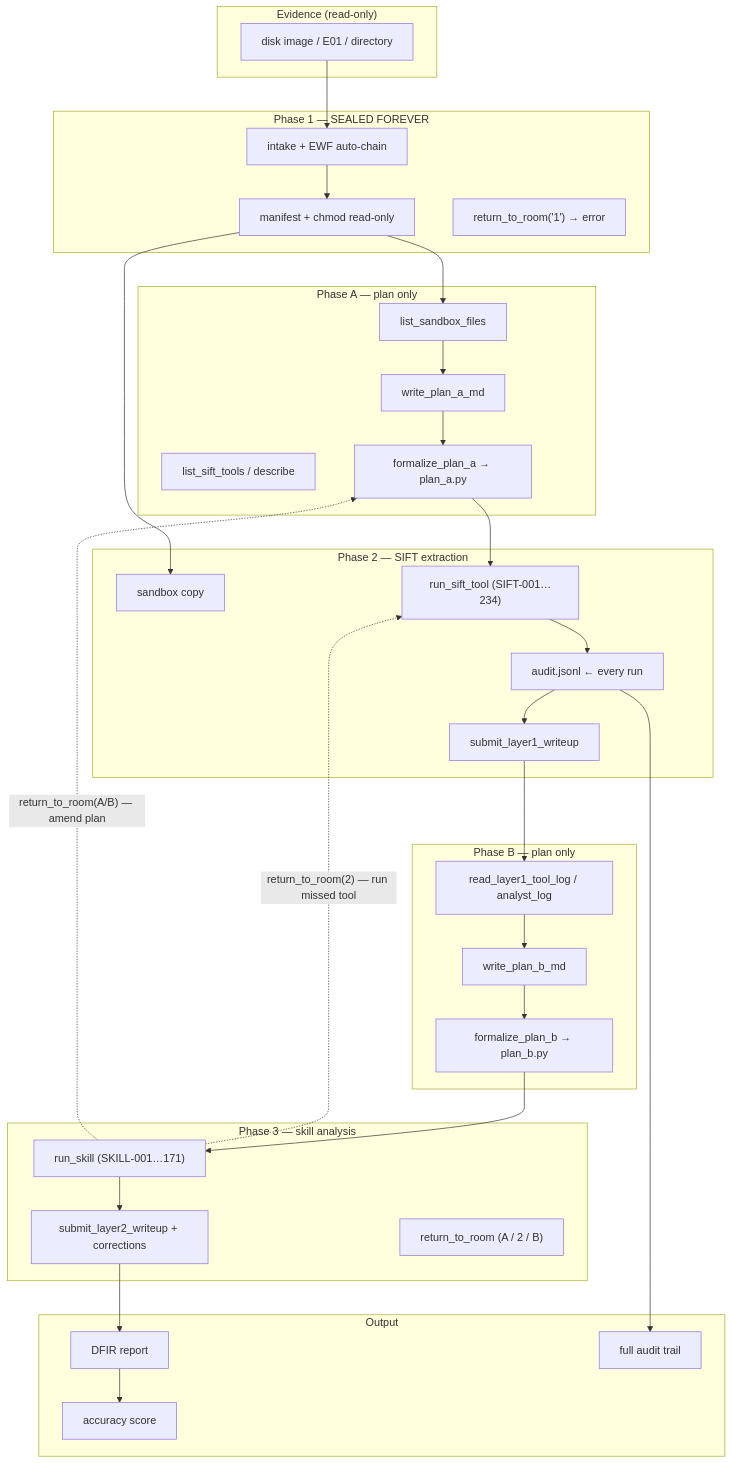
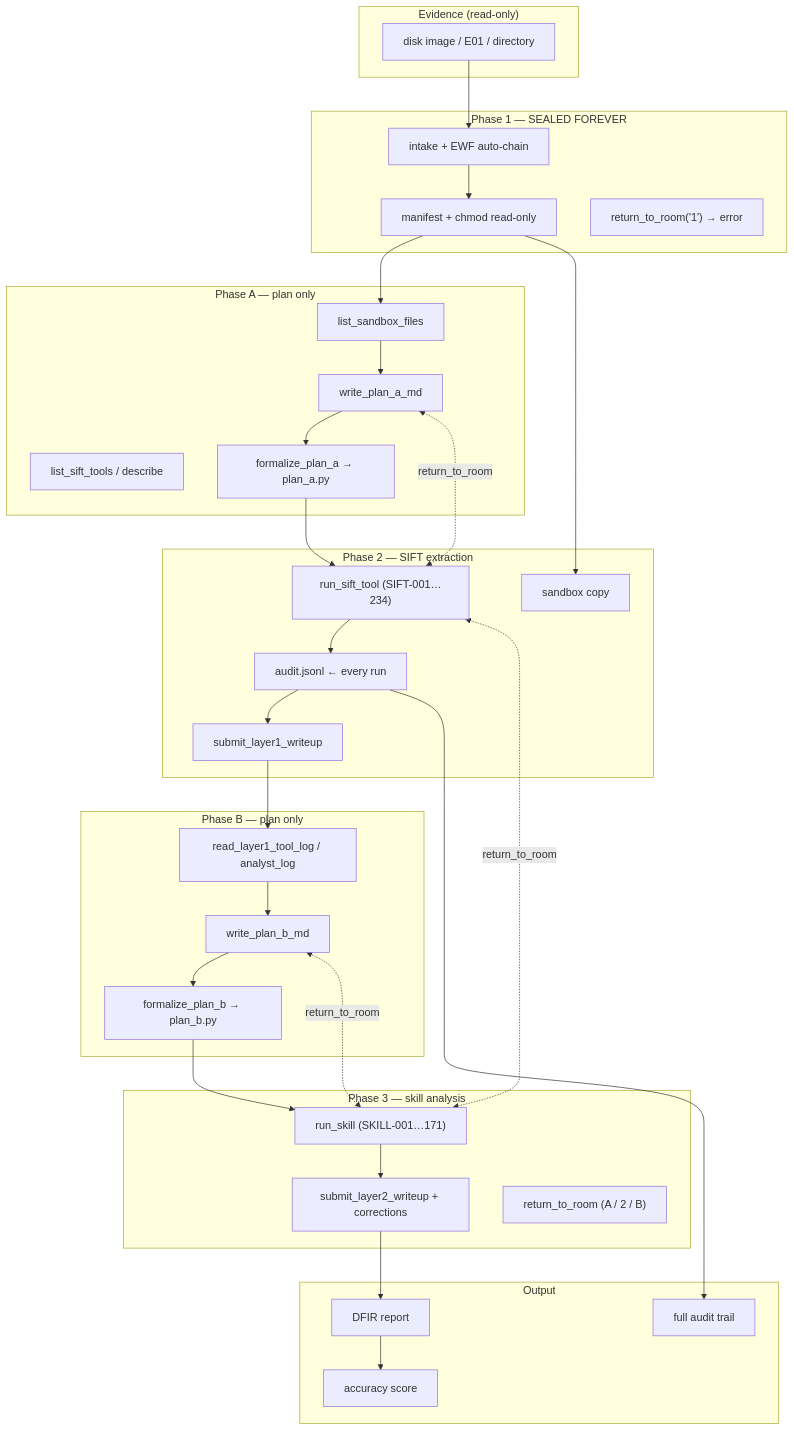
One commit to at-src/cold-box changed the diagram in README.md. Above: the diagram before and after it, drawn with Mermaid.

Commit message:
Diagram: bidirectional arrows between all phases except sealed Phase 1

````diff
--- a/README.md
+++ b/README.md
@@ -112,54 +112,55 @@
 ```mermaid
 flowchart TB
   subgraph evidence["Evidence (read-only)"]
     E01["disk image / E01 / directory"]
   end
 
   subgraph phase1["Phase 1 — SEALED FOREVER"]
     INT["intake + EWF auto-chain"]
     SEAL["manifest + chmod read-only"]
     LOCK["return_to_room('1') → error"]
   end
 
   subgraph phaseA["Phase A — plan only"]
     LSF["list_sandbox_files"]
     LST["list_sift_tools / describe"]
     WPA["write_plan_a_md"]
     FPA["formalize_plan_a → plan_a.py"]
   end
 
   subgraph phase2["Phase 2 — SIFT extraction"]
     SBX["sandbox copy"]
     RST["run_sift_tool (SIFT-001…234)"]
     AUD["audit.jsonl ← every run"]
     SL1["submit_layer1_writeup"]
   end
 
   subgraph phaseB["Phase B — plan only"]
     RL1["read_layer1_tool_log / analyst_log"]
     WPB["write_plan_b_md"]
     FPB["formalize_plan_b → plan_b.py"]
   end
 
   subgraph phase3["Phase 3 — skill analysis"]
     RSK["run_skill (SKILL-001…171)"]
     SL2["submit_layer2_writeup + corrections"]
     RTR["return_to_room (A / 2 / B)"]
   end
 
   subgraph out["Output"]
     REP["DFIR report"]
     ACC["accuracy score"]
     TRAIL["full audit trail"]
   end
 
   E01 --> INT --> SEAL --> LSF
   SEAL --> SBX
   LSF --> WPA --> FPA --> RST
   RST --> AUD --> SL1 --> RL1
   RL1 --> WPB --> FPB --> RSK
   RSK --> SL2 --> REP --> ACC
-  RSK -.->|"return_to_room(2) — run missed tool"| RST
-  RSK -.->|"return_to_room(A/B) — amend plan"| FPA
+  RST <-.->|return_to_room| WPA
+  RSK <-.->|return_to_room| RST
+  RSK <-.->|return_to_room| WPB
   AUD --> TRAIL
 ```
````
